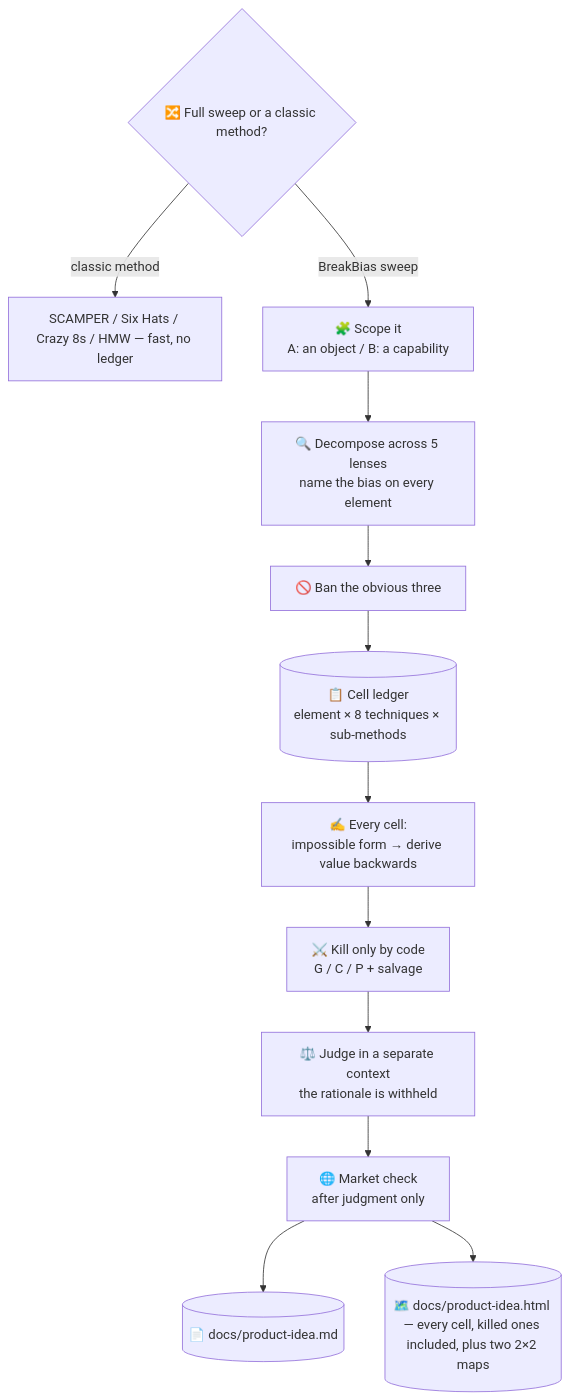
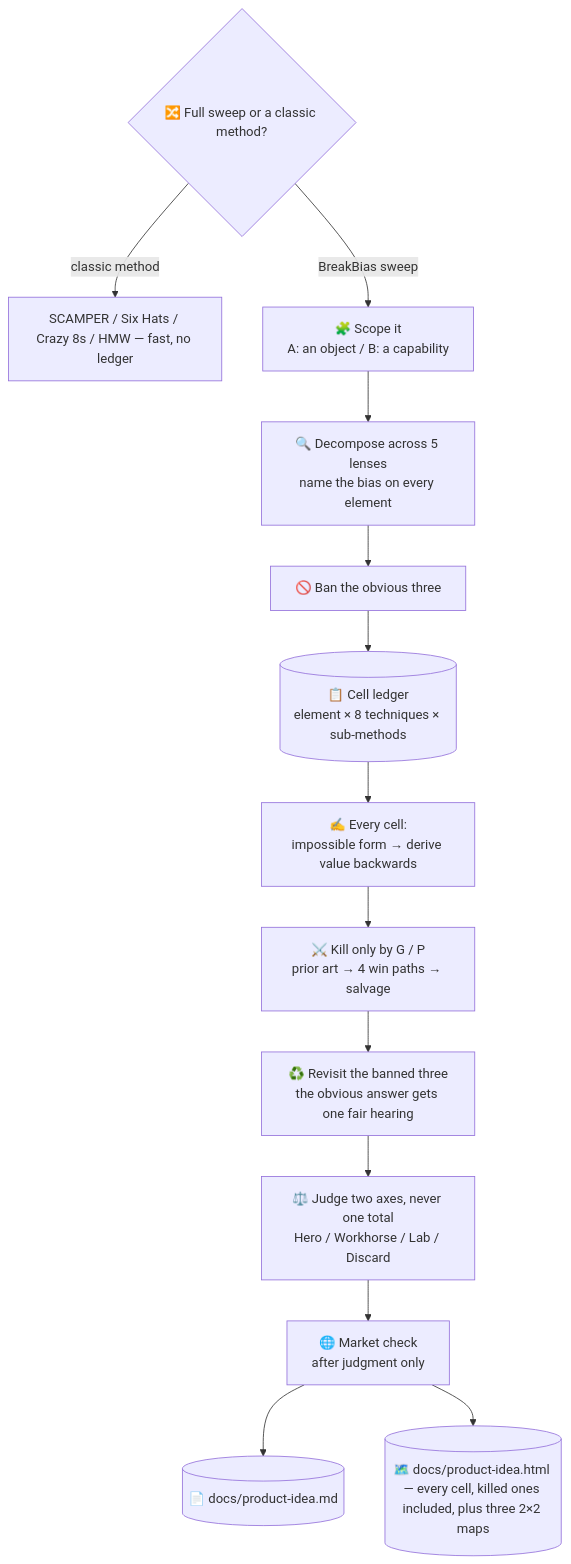
One commit to takaoumehara/superforge-skill changed the diagram in skills/superforge-brain/README.md. Above: the diagram before and after it, drawn with Mermaid. The commit also changed other lines of this file and 92 other files, not shown here.

````diff
--- a/skills/superforge-brain/README.md
+++ b/skills/superforge-brain/README.md
@@ -27,14 +27,15 @@
 ```mermaid
 flowchart TD
     Z{🔀 Full sweep or a classic method?} -->|classic method| ZC[SCAMPER / Six Hats / Crazy 8s / HMW — fast, no ledger]
     Z -->|BreakBias sweep| A[🧩 Scope it<br/>A: an object / B: a capability]
     A --> B[🔍 Decompose across 5 lenses<br/>name the bias on every element]
     B --> C[🚫 Ban the obvious three]
     C --> D[(📋 Cell ledger<br/>element × 8 techniques × sub-methods)]
     D --> E[✍️ Every cell:<br/>impossible form → derive value backwards]
-    E --> F[⚔️ Kill only by code<br/>G / C / P + salvage]
-    F --> G[⚖️ Judge in a separate context<br/>the rationale is withheld]
+    E --> F[⚔️ Kill only by G / P<br/>prior art → 4 win paths → salvage]
+    F --> F2[♻️ Revisit the banned three<br/>the obvious answer gets one fair hearing]
+    F2 --> G[⚖️ Judge two axes, never one total<br/>Hero / Workhorse / Lab / Discard]
     G --> H[🌐 Market check<br/>after judgment only]
     H --> I[(📄 docs/product-idea.md)]
-    H --> J[(🗺️ docs/product-idea.html — every cell, killed ones included, plus two 2×2 maps)]
+    H --> J[(🗺️ docs/product-idea.html — every cell, killed ones included, plus three 2×2 maps)]
 ```
````
